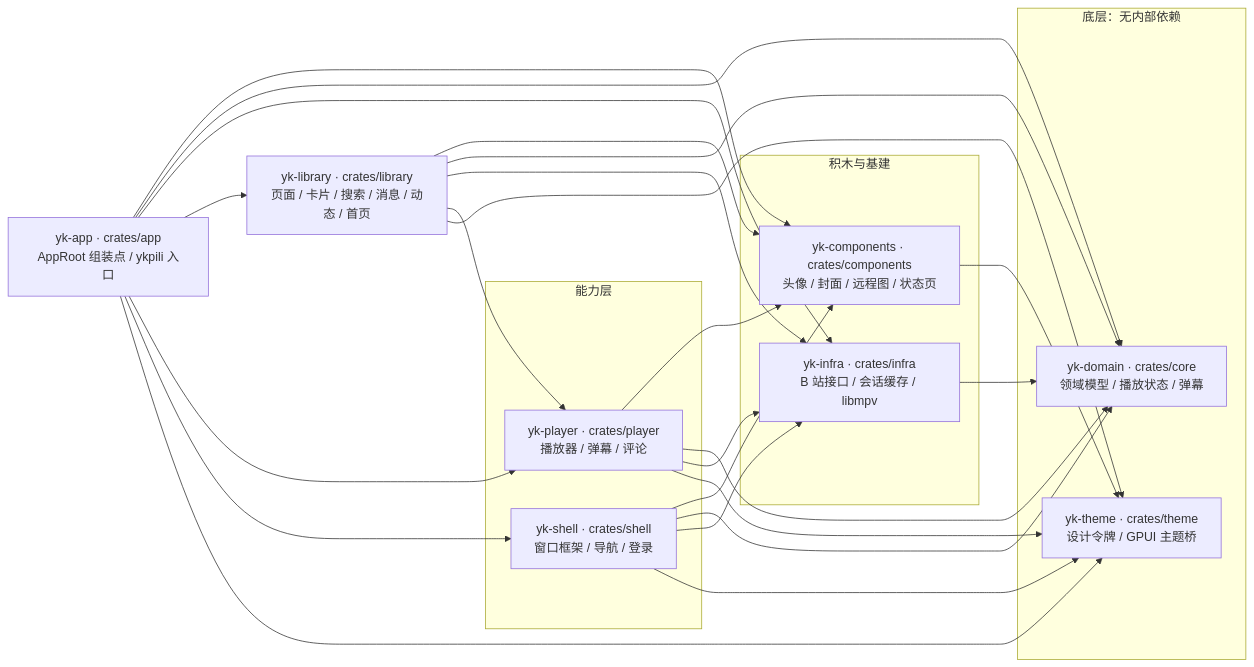
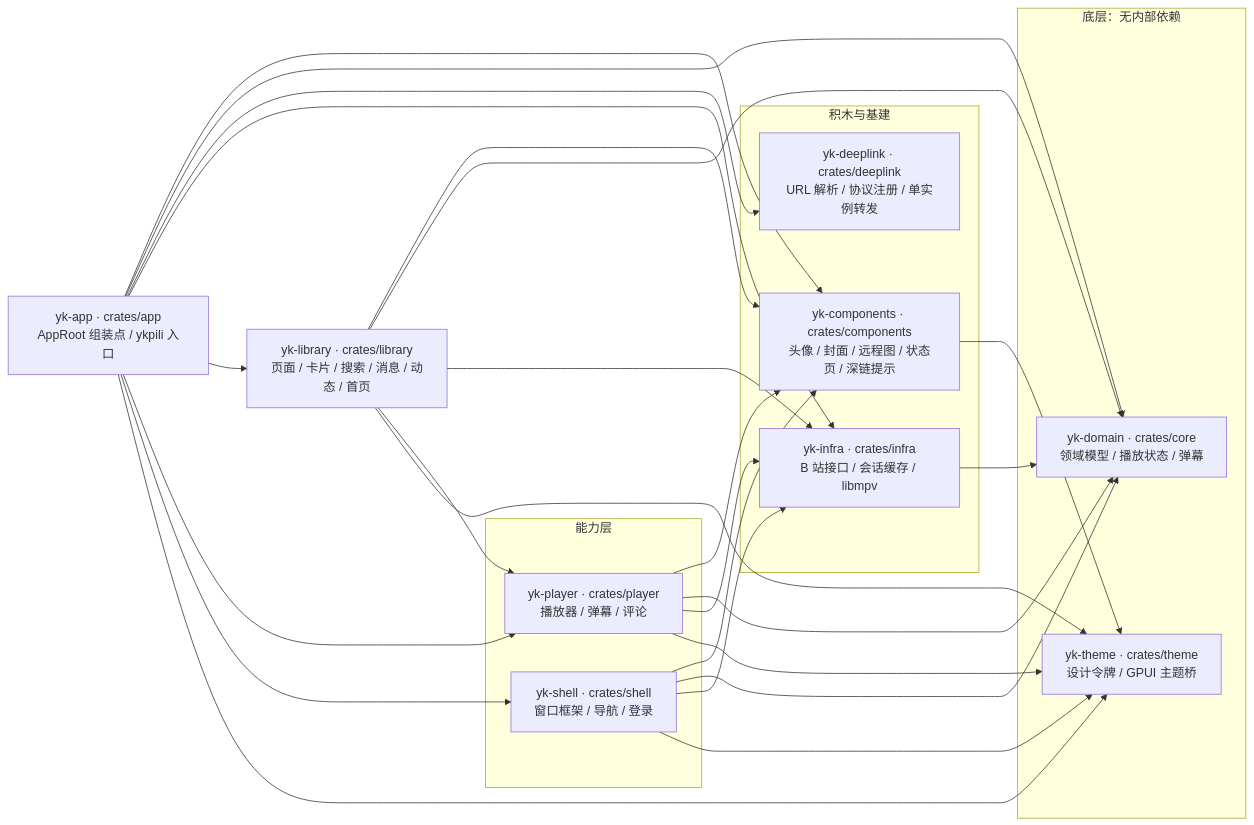
Before and after one commit to YakumoKuugen/YKPili: the first of 3 diagrams in docs/代码架构.md, drawn with Mermaid. The commit also changed other lines of this file and 29 other files, not shown here.

````diff
--- a/docs/代码架构.md
+++ b/docs/代码架构.md
@@ -27,40 +29,42 @@
 ```mermaid
 flowchart LR
     subgraph base["底层：无内部依赖"]
         core["yk-domain · crates/core<br/>领域模型 / 播放状态 / 弹幕"]
         theme["yk-theme · crates/theme<br/>设计令牌 / GPUI 主题桥"]
     end
     subgraph blocks["积木与基建"]
-        components["yk-components · crates/components<br/>头像 / 封面 / 远程图 / 状态页"]
+        components["yk-components · crates/components<br/>头像 / 封面 / 远程图 / 状态页 / 深链提示"]
         infra["yk-infra · crates/infra<br/>B 站接口 / 会话缓存 / libmpv"]
+        deeplink["yk-deeplink · crates/deeplink<br/>URL 解析 / 协议注册 / 单实例转发"]
     end
     subgraph ability["能力层"]
         shell["yk-shell · crates/shell<br/>窗口框架 / 导航 / 登录"]
         player["yk-player · crates/player<br/>播放器 / 弹幕 / 评论"]
     end
     library["yk-library · crates/library<br/>页面 / 卡片 / 搜索 / 消息 / 动态 / 首页"]
     app["yk-app · crates/app<br/>AppRoot 组装点 / ykpili 入口"]
 
     components --> theme
     infra --> core
     shell --> components
     shell --> core
     shell --> infra
     shell --> theme
     player --> components
     player --> core
     player --> infra
     player --> theme
     library --> components
     library --> core
     library --> infra
     library --> player
     library --> theme
     app --> components
     app --> core
+    app --> deeplink
     app --> infra
     app --> library
     app --> player
     app --> shell
     app --> theme
 ```
````
